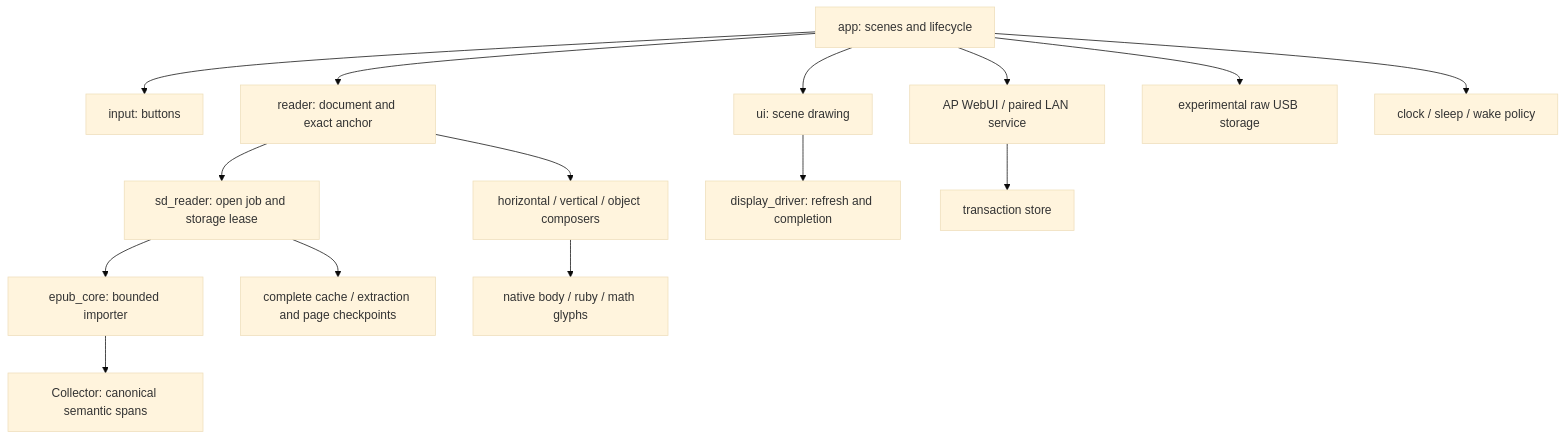
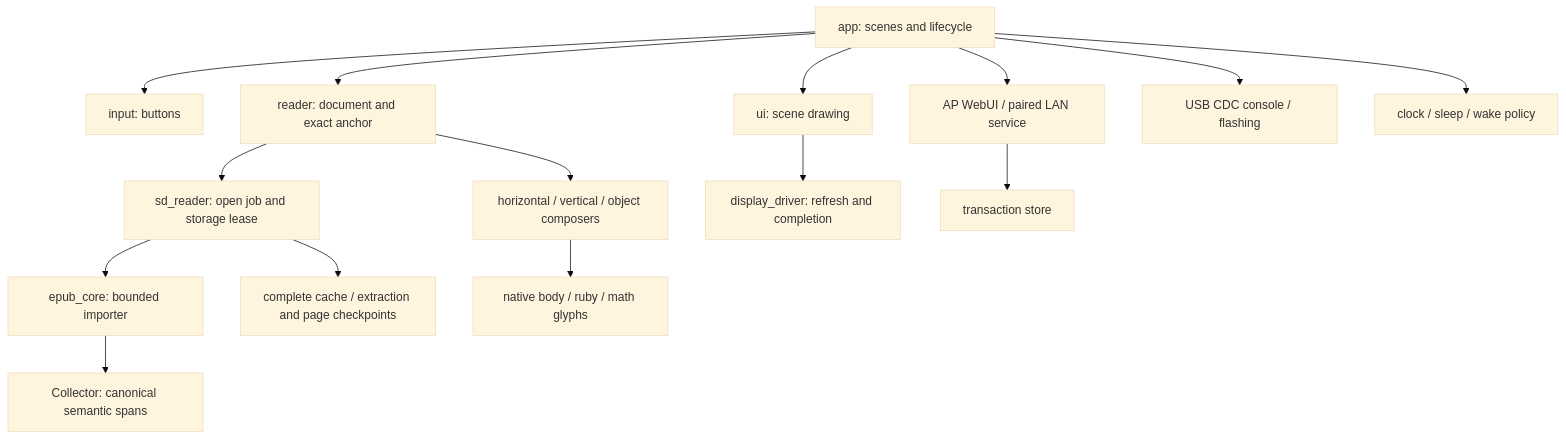
One commit to nenipresotReta/paperdiy-reader changed the diagram in docs/architecture-and-implementation.md. Above: the diagram before and after it, drawn with Mermaid (base theme). The commit also changed other lines of this file and 13 other files, not shown here.

Commit message:
docs: describe USB as console and flashing only

````diff
--- a/docs/architecture-and-implementation.md
+++ b/docs/architecture-and-implementation.md
@@ -13,17 +13,17 @@
 ```mermaid
 flowchart TD
     App[app: scenes and lifecycle] --> Input[input: buttons]
     App --> Reader[reader: document and exact anchor]
     App --> UI[ui: scene drawing]
     UI --> Display[display_driver: refresh and completion]
     Reader --> Open[sd_reader: open job and storage lease]
     Open --> Import[epub_core: bounded importer]
     Import --> Structure[Collector: canonical semantic spans]
     Reader --> Layout[horizontal / vertical / object composers]
     Layout --> Fonts[native body / ruby / math glyphs]
     Open --> Cache[complete cache / extraction and page checkpoints]
     App --> Network[AP WebUI / paired LAN service]
     Network --> Delivery[transaction store]
-    App --> USB[experimental raw USB storage]
+    App --> USB[USB CDC console / flashing]
     App --> Power[clock / sleep / wake policy]
 ```
````
